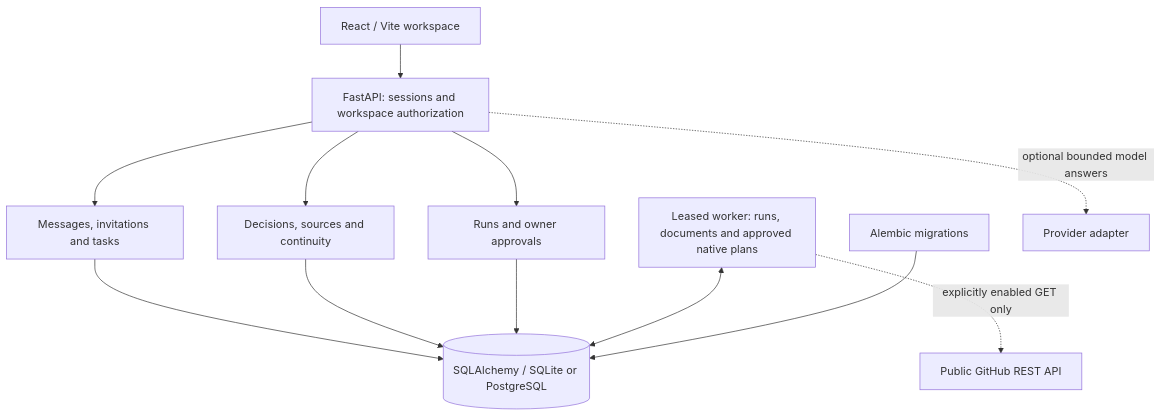
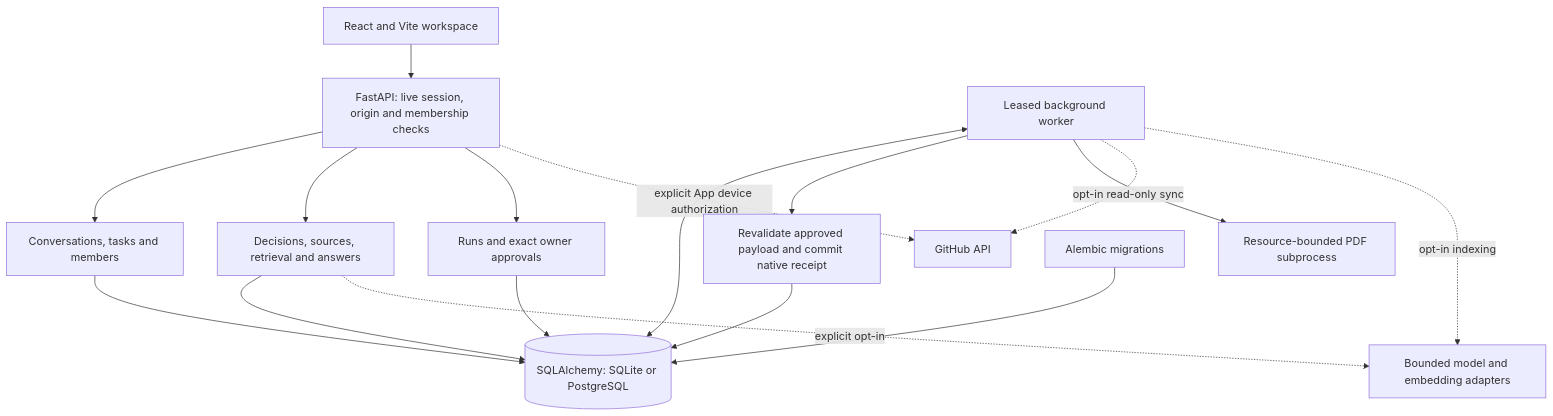
One commit to Yug-More/Parallel changed the diagram in README.md. Above: the diagram before and after it, drawn with Mermaid. The commit also changed other lines of this file and 24 other files, not shown here.

Commit message:
docs: present verified product workflows and current architecture

````diff
--- a/README.md
+++ b/README.md
@@ -59,14 +57,19 @@
 ```mermaid
 flowchart TB
-    React[React / Vite workspace] --> API[FastAPI: sessions and workspace authorization]
-    API --> Collaboration[Messages, invitations and tasks]
-    API --> Knowledge[Decisions, sources and continuity]
-    API --> Control[Runs and owner approvals]
-    Collaboration --> SQL[(SQLAlchemy / SQLite or PostgreSQL)]
+    Browser[React and Vite workspace] --> Gate[FastAPI: live session, origin and membership checks]
+    Gate --> Collaboration[Conversations, tasks and members]
+    Gate --> Knowledge[Decisions, sources, retrieval and answers]
+    Gate --> Control[Runs and exact owner approvals]
+    Collaboration --> SQL[(SQLAlchemy: SQLite or PostgreSQL)]
     Knowledge --> SQL
     Control --> SQL
-    Worker[Leased worker: runs, documents and approved native plans] <--> SQL
-    Worker -. explicitly enabled GET only .-> GitHub[Public GitHub REST API]
-    Migration[Alembic migrations] --> SQL
-    API -. optional bounded model answers .-> AI[Provider adapter]
+    Worker[Leased background worker] <--> SQL
+    Worker --> Native[Revalidate approved payload and commit native receipt]
+    Native --> SQL
+    Worker --> PDF[Resource-bounded PDF subprocess]
+    Worker -. opt-in read-only sync .-> GitHub[GitHub API]
+    Gate -. explicit App device authorization .-> GitHub
+    Knowledge -. explicit opt-in .-> Providers[Bounded model and embedding adapters]
+    Worker -. opt-in indexing .-> Providers
+    Migrations[Alembic migrations] --> SQL
 ```
````
